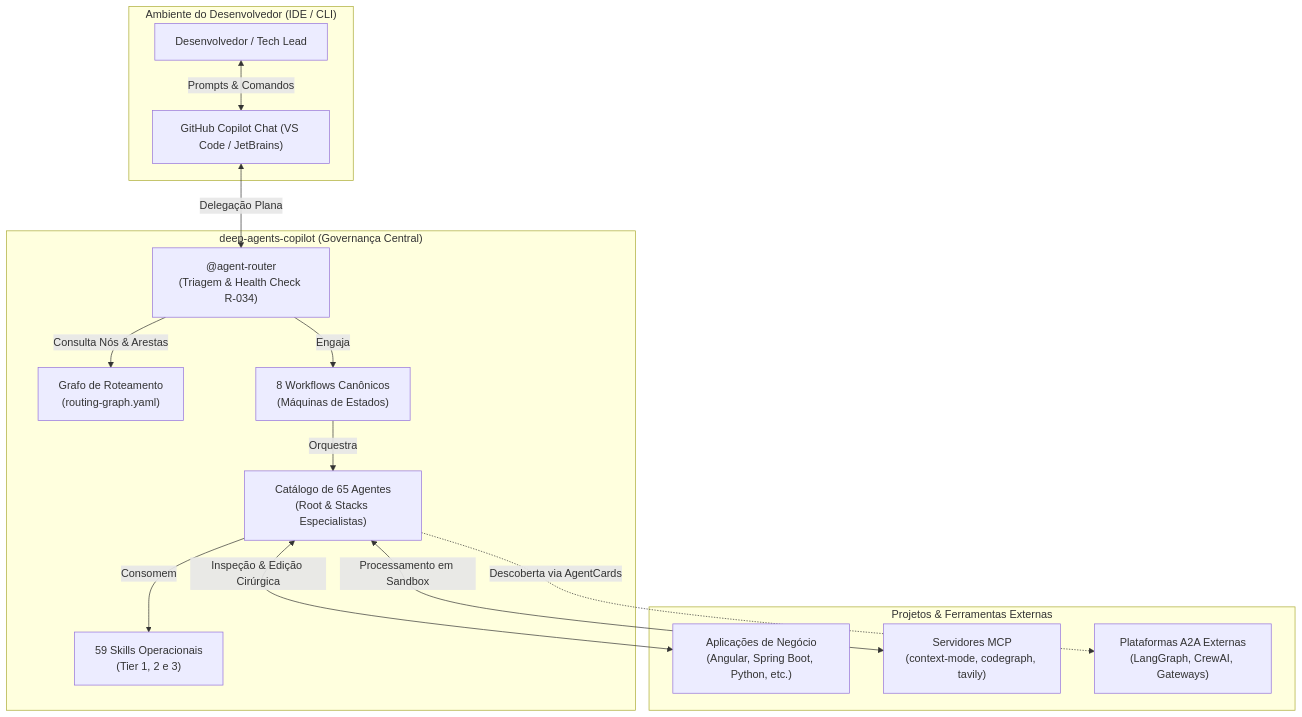
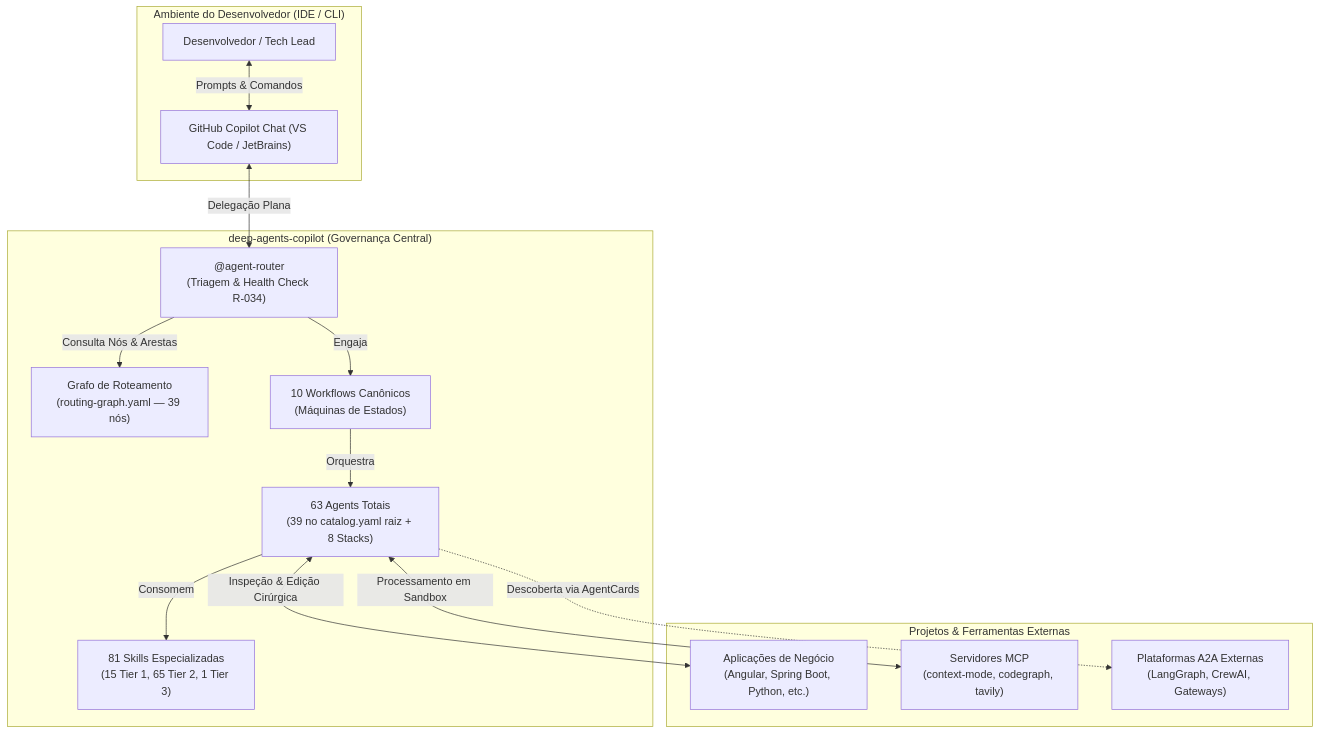
The first of 5 diagrams in docs/architecture/ARCHITECTURE_AND_GOVERNANCE_GUIDE.md (jezreel8858/deep-agents-copilot), drawn with Mermaid before and after one commit. The commit also changed other lines of this file and 176 other files, not shown here.

````diff
--- a/docs/architecture/ARCHITECTURE_AND_GOVERNANCE_GUIDE.md
+++ b/docs/architecture/ARCHITECTURE_AND_GOVERNANCE_GUIDE.md
@@ -48,31 +48,31 @@
 ```mermaid
 flowchart TB
     subgraph Host["Ambiente do Desenvolvedor (IDE / CLI)"]
         User["Desenvolvedor / Tech Lead"]
         Copilot["GitHub Copilot Chat (VS Code / JetBrains)"]
     end
 
     subgraph DeepAgents["deep-agents-copilot (Governança Central)"]
         Router["@agent-router\n(Triagem & Health Check R-034)"]
-        Graph["Grafo de Roteamento\n(routing-graph.yaml)"]
-        Workflows["8 Workflows Canônicos\n(Máquinas de Estados)"]
-        Agents["Catálogo de 65 Agentes\n(Root & Stacks Especialistas)"]
-        Skills["59 Skills Operacionais\n(Tier 1, 2 e 3)"]
+        Graph["Grafo de Roteamento\n(routing-graph.yaml — 39 nós)"]
+        Workflows["10 Workflows Canônicos\n(Máquinas de Estados)"]
+        Agents["63 Agents Totais\n(39 no catalog.yaml raiz + 8 Stacks)"]
+        Skills["81 Skills Especializadas\n(15 Tier 1, 65 Tier 2, 1 Tier 3)"]
     end
 
     subgraph External["Projetos & Ferramentas Externas"]
         LocalApps["Aplicações de Negócio\n(Angular, Spring Boot, Python, etc.)"]
         MCP["Servidores MCP\n(context-mode, codegraph, tavily)"]
         A2A["Plataformas A2A Externas\n(LangGraph, CrewAI, Gateways)"]
     end
 
     User <-->|Prompts & Comandos| Copilot
     Copilot <-->|Delegação Plana| Router
     Router -->|Consulta Nós & Arestas| Graph
     Router -->|Engaja| Workflows
     Workflows -->|Orquestra| Agents
     Agents -->|Consomem| Skills
     Agents <-->|Inspeção & Edição Cirúrgica| LocalApps
     Agents <-->|Processamento em Sandbox| MCP
     Agents -.->|Descoberta via AgentCards| A2A
 ```
````
